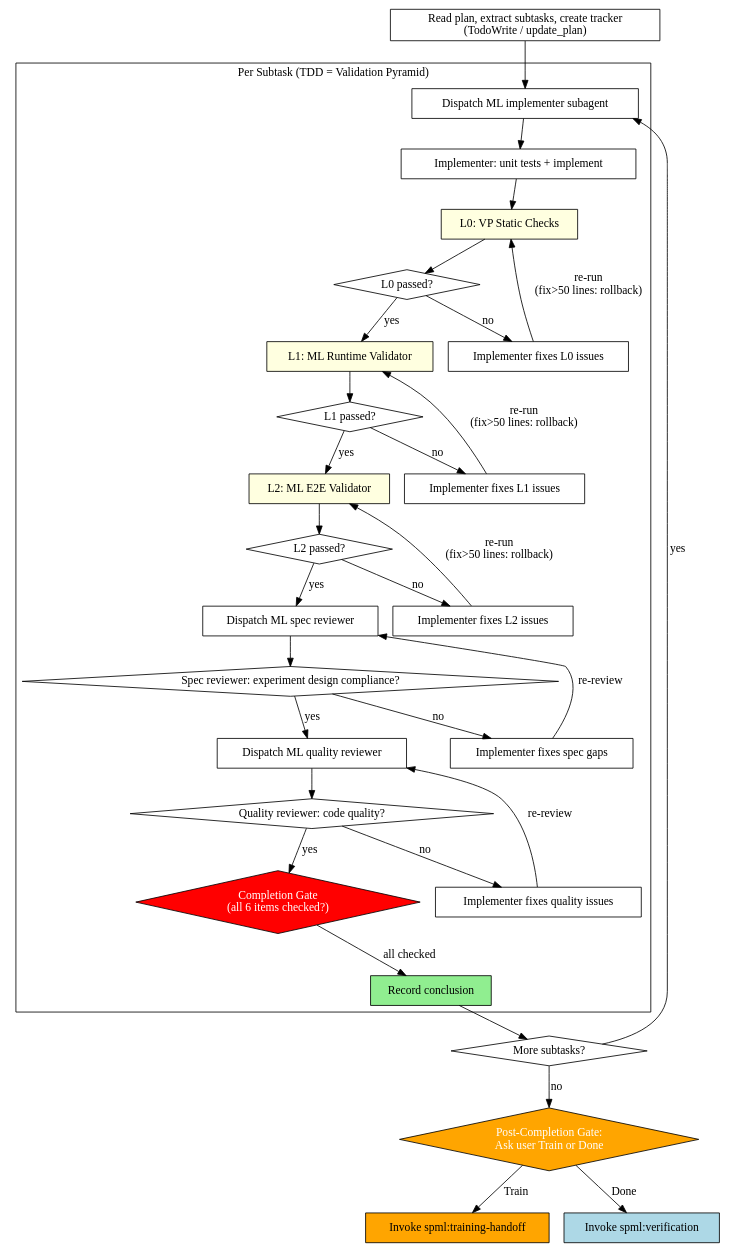
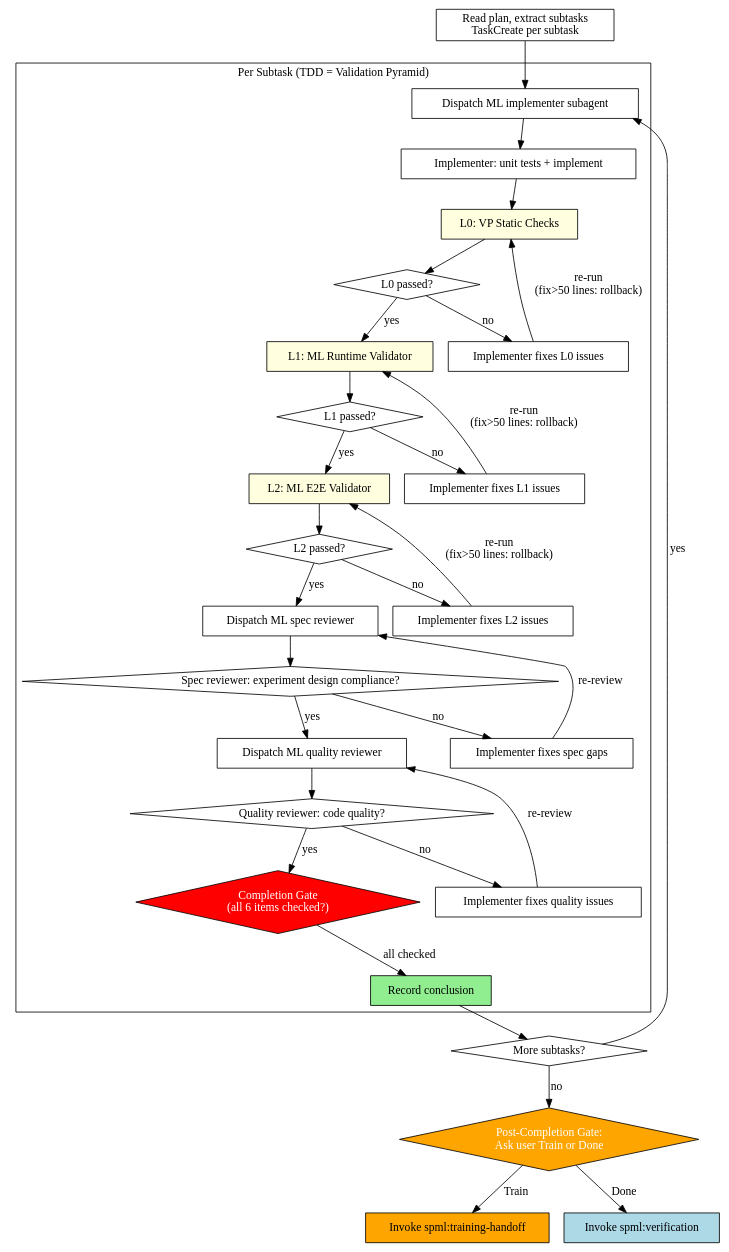
Before and after one commit to qqhard/superpowers-ML: the diagram in skills/ml-subagent-dev/SKILL.md, drawn with Graphviz. The commit also changed other lines of this file and 3 other files, not shown here.

First line of the commit message:
feat(ml-subagent-dev): add TaskCreate/TaskUpdate progress reporting for subagent visibility

````diff
--- a/skills/ml-subagent-dev/SKILL.md
+++ b/skills/ml-subagent-dev/SKILL.md
@@ -98,64 +98,64 @@
 ```dot
 digraph process {
     rankdir=TB;
 
     subgraph cluster_per_subtask {
         label="Per Subtask (TDD = Validation Pyramid)";
         "Dispatch ML implementer subagent" [shape=box];
         "Implementer: unit tests + implement" [shape=box];
         "L0: VP Static Checks" [shape=box style=filled fillcolor=lightyellow];
         "L0 passed?" [shape=diamond];
         "Implementer fixes L0 issues" [shape=box];
         "L1: ML Runtime Validator" [shape=box style=filled fillcolor=lightyellow];
         "L1 passed?" [shape=diamond];
         "Implementer fixes L1 issues" [shape=box];
         "L2: ML E2E Validator" [shape=box style=filled fillcolor=lightyellow];
         "L2 passed?" [shape=diamond];
         "Implementer fixes L2 issues" [shape=box];
         "Dispatch ML spec reviewer" [shape=box];
         "Spec reviewer: experiment design compliance?" [shape=diamond];
         "Implementer fixes spec gaps" [shape=box];
         "Dispatch ML quality reviewer" [shape=box];
         "Quality reviewer: code quality?" [shape=diamond];
         "Implementer fixes quality issues" [shape=box];
         "Completion Gate\n(all 6 items checked?)" [shape=diamond style=filled fillcolor=red fontcolor=white];
         "Record conclusion" [shape=box style=filled fillcolor=lightgreen];
     }
 
-    "Read plan, extract subtasks, create tracker\n(TodoWrite / update_plan)" [shape=box];
+    "Read plan, extract subtasks\nTaskCreate per subtask" [shape=box];
     "More subtasks?" [shape=diamond];
     "Post-Completion Gate:\nAsk user Train or Done" [shape=diamond style=filled fillcolor=orange fontcolor=white];
     "Invoke spml:training-handoff" [shape=box style=filled fillcolor=orange];
     "Invoke spml:verification" [shape=box style=filled fillcolor=lightblue];
 
-    "Read plan, extract subtasks, create tracker\n(TodoWrite / update_plan)" -> "Dispatch ML implementer subagent";
+    "Read plan, extract subtasks\nTaskCreate per subtask" -> "Dispatch ML implementer subagent";
     "Dispatch ML implementer subagent" -> "Implementer: unit tests + implement";
     "Implementer: unit tests + implement" -> "L0: VP Static Checks";
     "L0: VP Static Checks" -> "L0 passed?";
     "L0 passed?" -> "L1: ML Runtime Validator" [label="yes"];
     "L0 passed?" -> "Implementer fixes L0 issues" [label="no"];
     "Implementer fixes L0 issues" -> "L0: VP Static Checks" [label="re-run\n(fix>50 lines: rollback)"];
     "L1: ML Runtime Validator" -> "L1 passed?";
     "L1 passed?" -> "L2: ML E2E Validator" [label="yes"];
     "L1 passed?" -> "Implementer fixes L1 issues" [label="no"];
     "Implementer fixes L1 issues" -> "L1: ML Runtime Validator" [label="re-run\n(fix>50 lines: rollback)"];
     "L2: ML E2E Validator" -> "L2 passed?";
     "L2 passed?" -> "Dispatch ML spec reviewer" [label="yes"];
     "L2 passed?" -> "Implementer fixes L2 issues" [label="no"];
     "Implementer fixes L2 issues" -> "L2: ML E2E Validator" [label="re-run\n(fix>50 lines: rollback)"];
     "Dispatch ML spec reviewer" -> "Spec reviewer: experiment design compliance?";
     "Spec reviewer: experiment design compliance?" -> "Implementer fixes spec gaps" [label="no"];
     "Implementer fixes spec gaps" -> "Dispatch ML spec reviewer" [label="re-review"];
     "Spec reviewer: experiment design compliance?" -> "Dispatch ML quality reviewer" [label="yes"];
     "Dispatch ML quality reviewer" -> "Quality reviewer: code quality?";
     "Quality reviewer: code quality?" -> "Implementer fixes quality issues" [label="no"];
     "Implementer fixes quality issues" -> "Dispatch ML quality reviewer" [label="re-review"];
     "Quality reviewer: code quality?" -> "Completion Gate\n(all 6 items checked?)" [label="yes"];
     "Completion Gate\n(all 6 items checked?)" -> "Record conclusion" [label="all checked"];
     "Record conclusion" -> "More subtasks?";
     "More subtasks?" -> "Dispatch ML implementer subagent" [label="yes"];
     "More subtasks?" -> "Post-Completion Gate:\nAsk user Train or Done" [label="no"];
     "Post-Completion Gate:\nAsk user Train or Done" -> "Invoke spml:training-handoff" [label="Train"];
     "Post-Completion Gate:\nAsk user Train or Done" -> "Invoke spml:verification" [label="Done"];
 }
 ```
````
